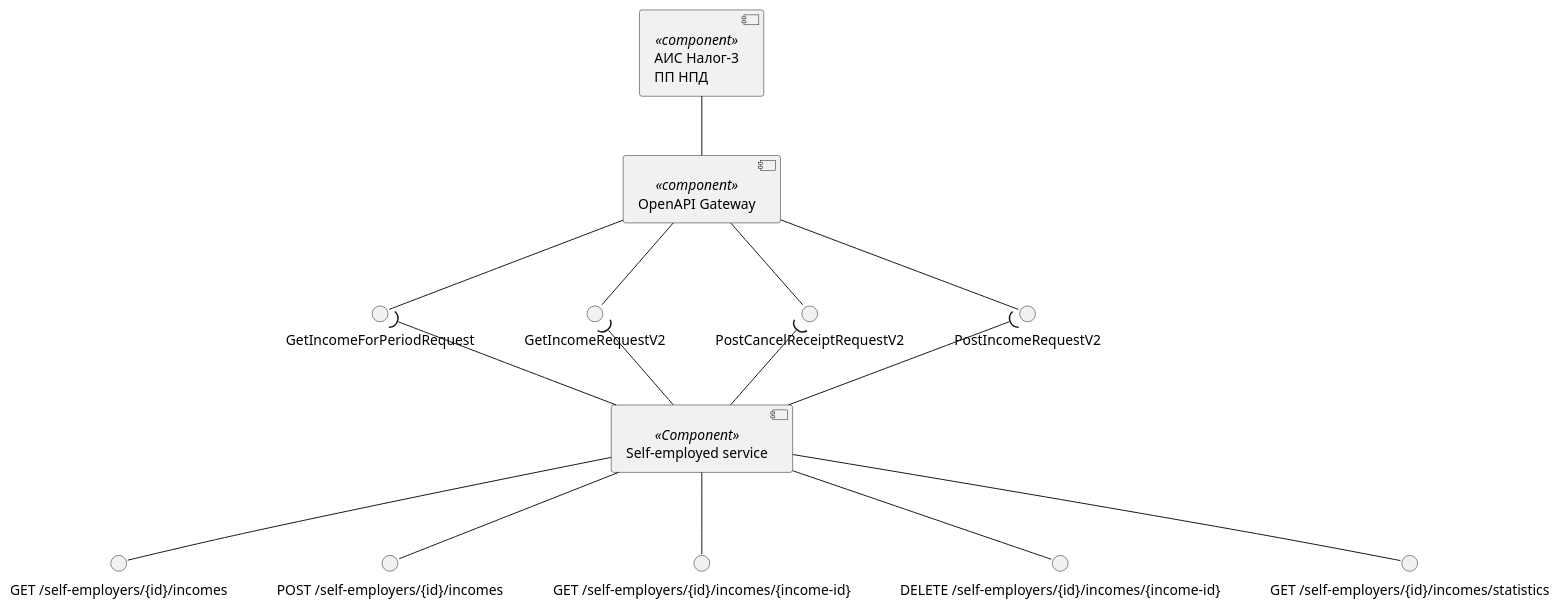
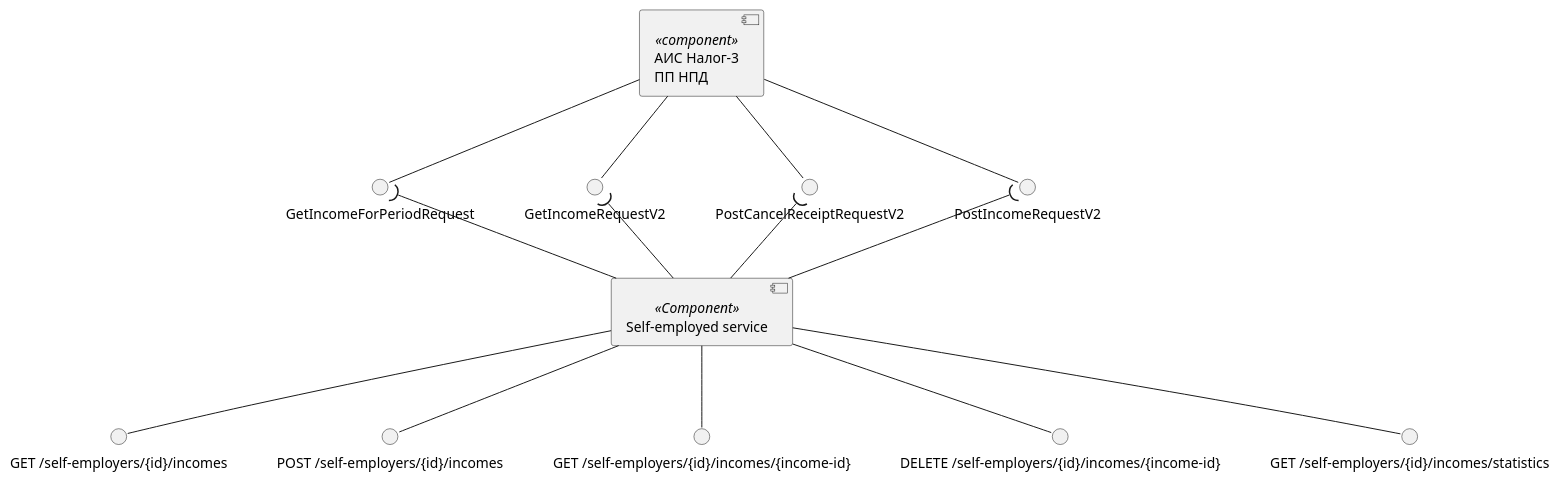
One commit to RaikBitters/ibank-internal-services changed the third of 7 diagrams in diagrams/self-employed-service/components.puml. Above: the diagram before and after it, drawn with PlantUML. The commit also changed other lines of this file and 6 other files, not shown here.

Commit message:
Updated diagrams

```diff
--- a/diagrams/self-employed-service/components.puml
+++ b/diagrams/self-employed-service/components.puml
@@ -102,34 +100,32 @@
 @startuml incomes-components
 
 component "АИС Налог-3\nПП НПД" as Tax3 <<component>>
-component "OpenAPI Gateway" as OpenAPI <<component>>
 interface "PostIncomeRequestV2" as PostIncome
 interface "PostCancelReceiptRequestV2" as PostCancelReceipt
 interface "GetIncomeRequestV2" as GetIncome
 interface "GetIncomeForPeriodRequest" as GetIncomeForPeriod
 
-Tax3 -- OpenAPI
-OpenAPI --() PostIncome
-OpenAPI --() PostCancelReceipt
-OpenAPI --() GetIncome
-OpenAPI --() GetIncomeForPeriod
+Tax3 --() PostIncome
+Tax3 --() PostCancelReceipt
+Tax3 --() GetIncome
+Tax3 --() GetIncomeForPeriod
 
 component "Self-employed service" as SelfEmplService <<Component>>
 interface "GET /self-employers/{id}/incomes" as getIncomes
 interface "POST /self-employers/{id}/incomes" as postIncome
 interface "GET /self-employers/{id}/incomes/{income-id}" as getIncomesId
 interface "DELETE /self-employers/{id}/incomes/{income-id}" as delIncomesId
 interface "GET /self-employers/{id}/incomes/statistics" as getIncomesStatistics
 
 SelfEmplService --() getIncomes
 SelfEmplService --() postIncome
 SelfEmplService --() getIncomesId
 SelfEmplService --() delIncomesId
 SelfEmplService --() getIncomesStatistics
 
 SelfEmplService -up-( PostIncome
 SelfEmplService -up-( PostCancelReceipt
 SelfEmplService -up-( GetIncome
 SelfEmplService -up-( GetIncomeForPeriod
 
 @enduml
```
